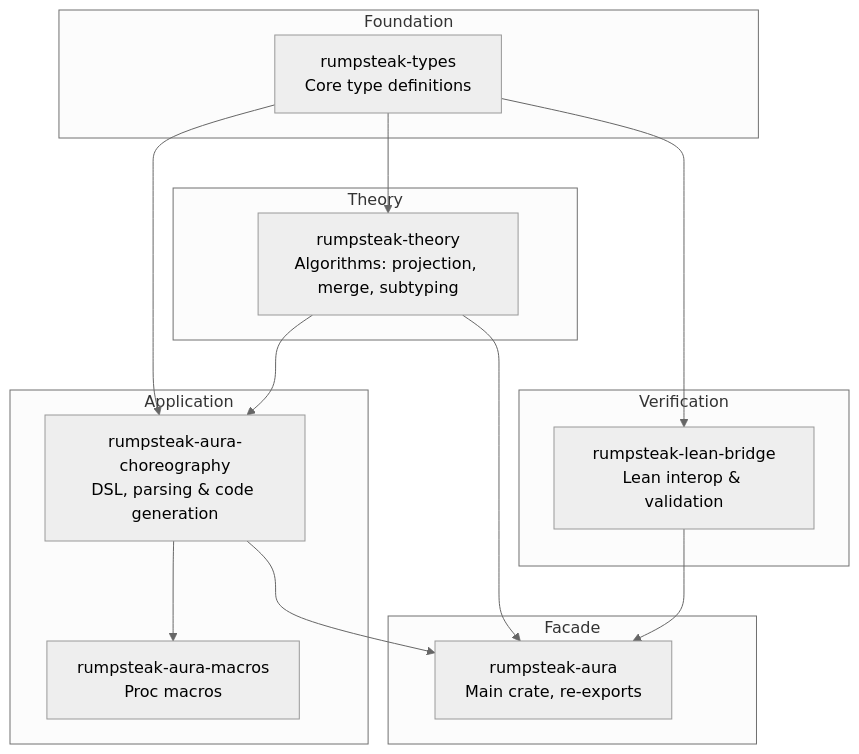
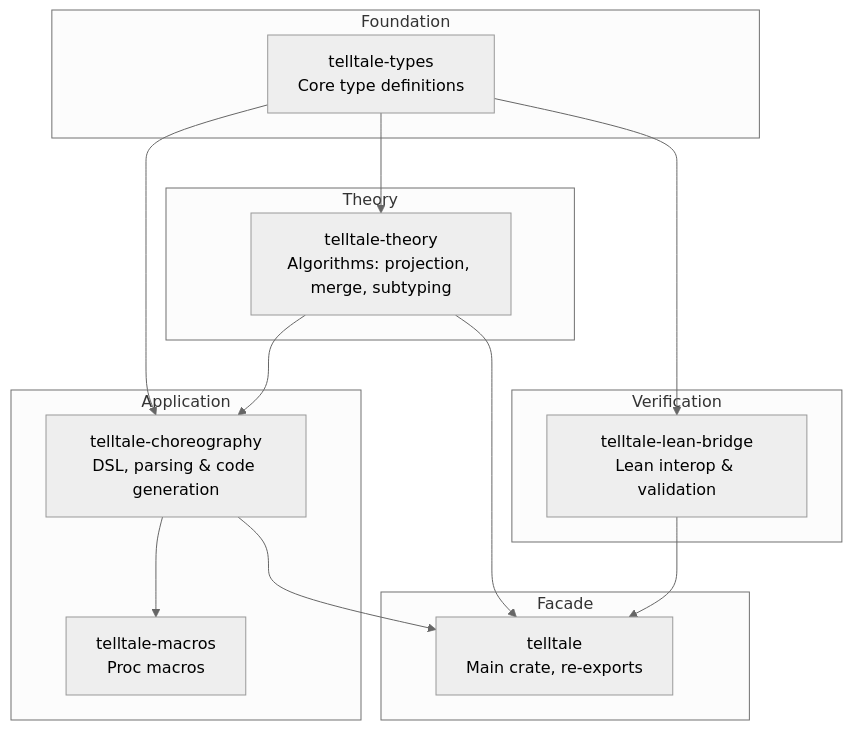
The diagram in docs/18_crate_architecture.md (hxrts/telltale), drawn with Mermaid (neutral theme) before and after one commit. The commit also changed other lines of this file and 531 other files, not shown here.

Commit message:
Rename project from rumpsteak-aura to telltale

````diff
--- a/docs/18_crate_architecture.md
+++ b/docs/18_crate_architecture.md
@@ -7,35 +7,35 @@
 ```mermaid
 graph TB
     subgraph Foundation
-        types["rumpsteak-types<br/>Core type definitions"]
+        types["telltale-types<br/>Core type definitions"]
     end
 
     subgraph Theory
-        theory["rumpsteak-theory<br/>Algorithms: projection, merge, subtyping"]
+        theory["telltale-theory<br/>Algorithms: projection, merge, subtyping"]
     end
 
     subgraph Verification
-        lean["rumpsteak-lean-bridge<br/>Lean interop & validation"]
+        lean["telltale-lean-bridge<br/>Lean interop & validation"]
     end
 
     subgraph Application
-        choreo["rumpsteak-aura-choreography<br/>DSL, parsing & code generation"]
-        macros["rumpsteak-aura-macros<br/>Proc macros"]
+        choreo["telltale-choreography<br/>DSL, parsing & code generation"]
+        macros["telltale-macros<br/>Proc macros"]
     end
 
     subgraph Facade
-        main["rumpsteak-aura<br/>Main crate, re-exports"]
+        main["telltale<br/>Main crate, re-exports"]
     end
 
     types --> theory
     types --> lean
     types --> choreo
 
     theory --> choreo
 
     choreo --> macros
 
     theory --> main
     choreo --> main
     lean --> main
 ```
````
